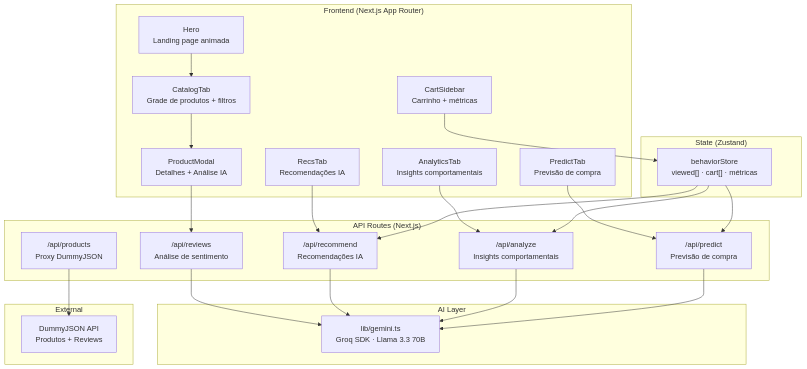
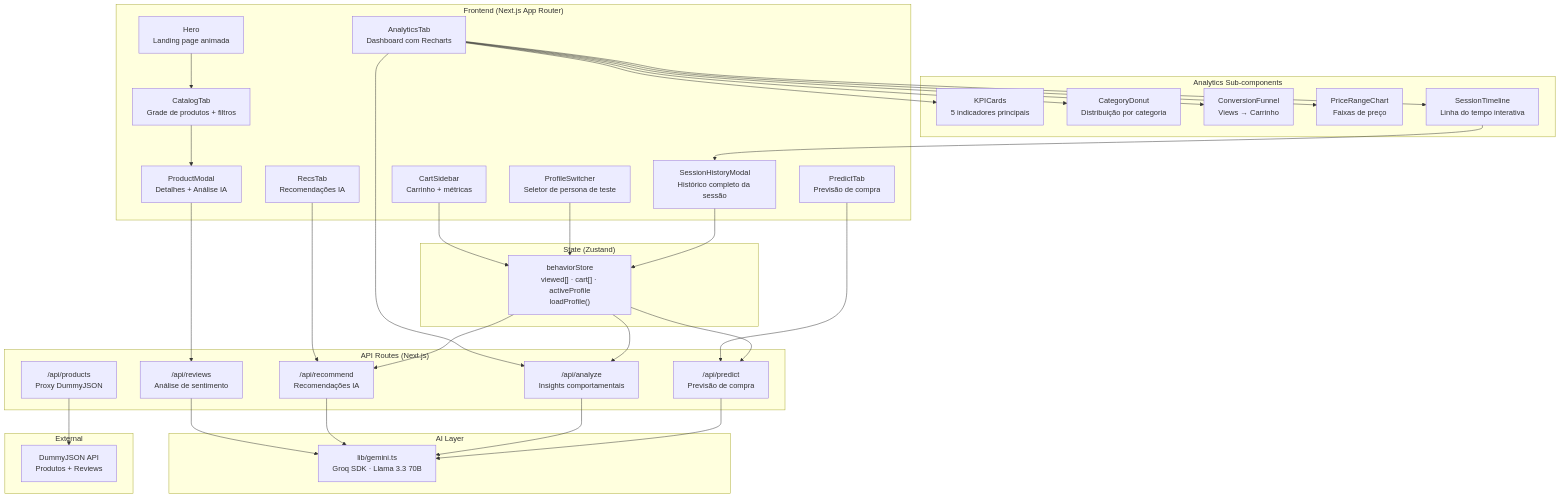
The first of 2 diagrams in README.md (AgathaCRuiz/shop-ai-recommendation-engine), drawn with Mermaid before and after one commit. The commit also changed other lines of this file and 14 other files, not shown here.

Commit message:
docs: document Recharts dashboard, ProfileSwitcher, and SessionHistoryModal

````diff
--- a/README.md
+++ b/README.md
@@ -29,50 +31,69 @@
 ```mermaid
 graph TD
     subgraph "Frontend (Next.js App Router)"
         HERO["Hero<br/>Landing page animada"]
         CATALOG["CatalogTab<br/>Grade de produtos + filtros"]
         MODAL["ProductModal<br/>Detalhes + Análise IA"]
         CART["CartSidebar<br/>Carrinho + métricas"]
         RECS["RecsTab<br/>Recomendações IA"]
-        ANALYTICS["AnalyticsTab<br/>Insights comportamentais"]
+        ANALYTICS["AnalyticsTab<br/>Dashboard com Recharts"]
         PREDICT["PredictTab<br/>Previsão de compra"]
+        PROFILES["ProfileSwitcher<br/>Seletor de persona de teste"]
+        HISTORY["SessionHistoryModal<br/>Histórico completo da sessão"]
+    end
+
+    subgraph "Analytics Sub-components"
+        KPI["KPICards<br/>5 indicadores principais"]
+        DONUT["CategoryDonut<br/>Distribuição por categoria"]
+        FUNNEL["ConversionFunnel<br/>Views → Carrinho"]
+        PRICE["PriceRangeChart<br/>Faixas de preço"]
+        TIMELINE["SessionTimeline<br/>Linha do tempo interativa"]
     end
 
     subgraph "State (Zustand)"
-        STORE["behaviorStore<br/>viewed[] · cart[] · métricas"]
+        STORE["behaviorStore<br/>viewed[] · cart[] · activeProfile<br/>loadProfile()"]
     end
 
     subgraph "API Routes (Next.js)"
         PRODUCTS["/api/products<br/>Proxy DummyJSON"]
         REVIEWS["/api/reviews<br/>Análise de sentimento"]
         RECOMMEND["/api/recommend<br/>Recomendações IA"]
         ANALYZE["/api/analyze<br/>Insights comportamentais"]
         PREDICT_API["/api/predict<br/>Previsão de compra"]
     end
 
     subgraph "AI Layer"
         GEMINI["lib/gemini.ts<br/>Groq SDK · Llama 3.3 70B"]
     end
 
     subgraph "External"
         DUMMY["DummyJSON API<br/>Produtos + Reviews"]
     end
 
     HERO --> CATALOG
     CATALOG --> MODAL
     MODAL --> REVIEWS
     RECS --> RECOMMEND
     ANALYTICS --> ANALYZE
     PREDICT --> PREDICT_API
     CART --> STORE
+    PROFILES --> STORE
+    HISTORY --> STORE
+    TIMELINE --> HISTORY
+
+    ANALYTICS --> KPI
+    ANALYTICS --> DONUT
+    ANALYTICS --> FUNNEL
+    ANALYTICS --> PRICE
+    ANALYTICS --> TIMELINE
 
     REVIEWS --> GEMINI
     RECOMMEND --> GEMINI
     ANALYZE --> GEMINI
     PREDICT_API --> GEMINI
 
     PRODUCTS --> DUMMY
     STORE --> RECOMMEND
     STORE --> ANALYZE
     STORE --> PREDICT_API
 ```
````
